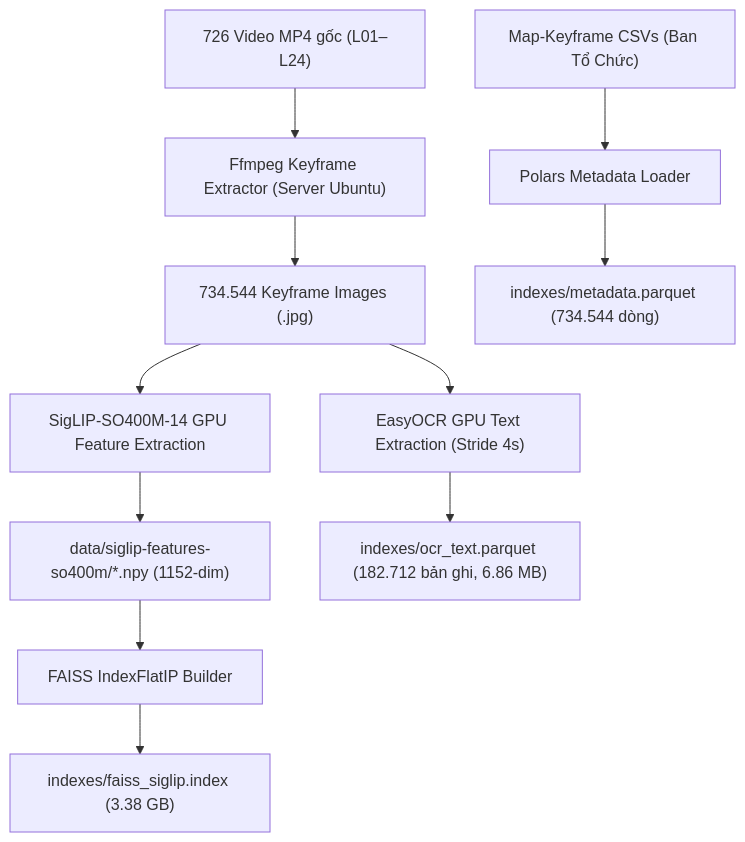
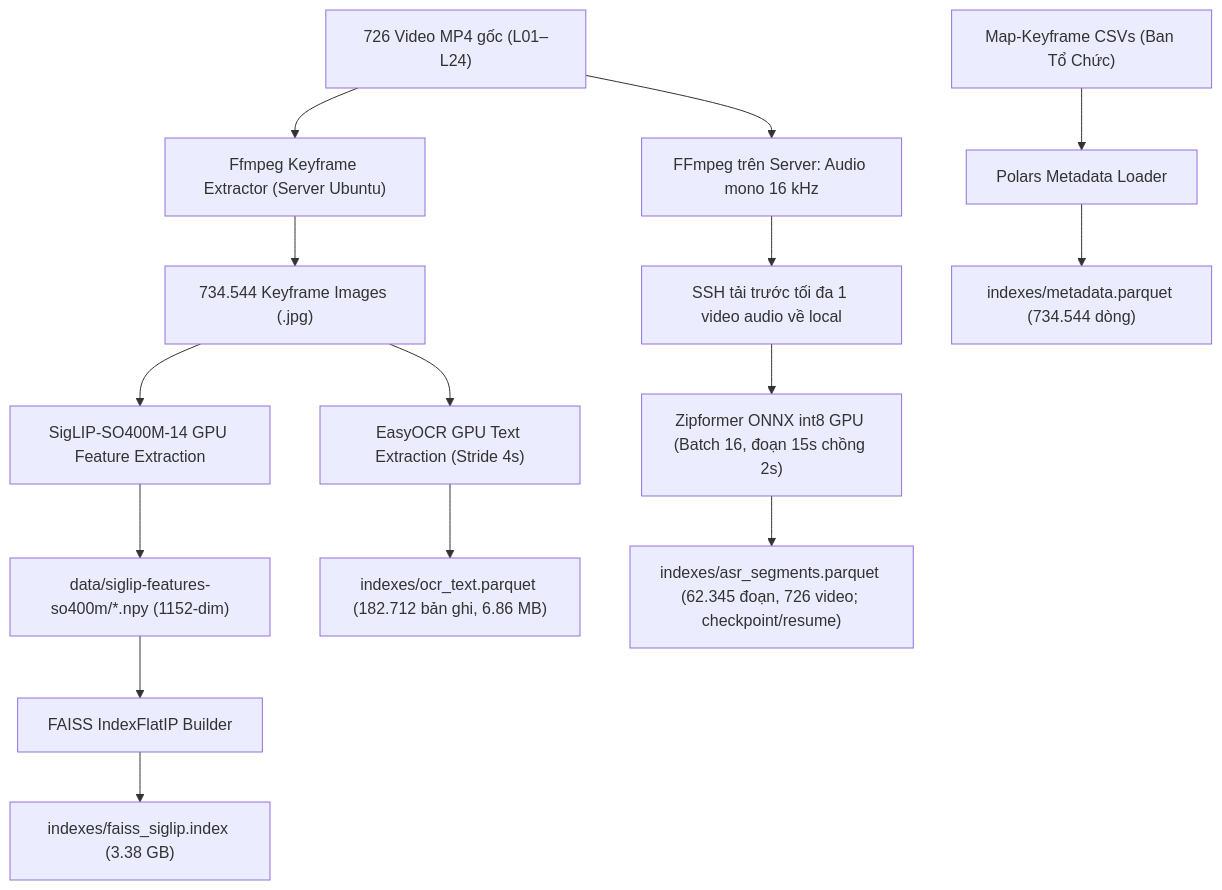
One commit to Minhthien2103/AIC-HCMC-26 changed the first of 2 diagrams in README.md. Above: the diagram before and after it, drawn with Mermaid. The commit also changed other lines of this file and 14 other files, not shown here.

````diff
--- a/README.md
+++ b/README.md
@@ -60,16 +60,21 @@
 ```mermaid
 flowchart TD
     RawVideos["726 Video MP4 gốc (L01–L24)"] --> KeyframeExtract["Ffmpeg Keyframe Extractor (Server Ubuntu)"]
     KeyframeExtract --> KeyframeImages["734.544 Keyframe Images (.jpg)"]
     
     KeyframeImages --> SigLIPExtract["SigLIP-SO400M-14 GPU Feature Extraction"]
     SigLIPExtract --> NpyFiles["data/siglip-features-so400m/*.npy (1152-dim)"]
     NpyFiles --> FAISSBuild["FAISS IndexFlatIP Builder"]
     FAISSBuild --> FaissIndex["indexes/faiss_siglip.index (3.38 GB)"]
     
     KeyframeImages --> EasyOCRExtract["EasyOCR GPU Text Extraction (Stride 4s)"]
     EasyOCRExtract --> OCRParquet["indexes/ocr_text.parquet (182.712 bản ghi, 6.86 MB)"]
+
+    RawVideos --> AudioExtract["FFmpeg trên Server: Audio mono 16 kHz"]
+    AudioExtract --> AudioPrefetch["SSH tải trước tối đa 1 video audio về local"]
+    AudioPrefetch --> ASRExtract["Zipformer ONNX int8 GPU (Batch 16, đoạn 15s chồng 2s)"]
+    ASRExtract --> ASRParquet["indexes/asr_segments.parquet (62.345 đoạn, 726 video; checkpoint/resume)"]
     
     CSVMaps["Map-Keyframe CSVs (Ban Tổ Chức)"] --> MetadataBuilder["Polars Metadata Loader"]
     MetadataBuilder --> MetadataParquet["indexes/metadata.parquet (734.544 dòng)"]
 ```
````
